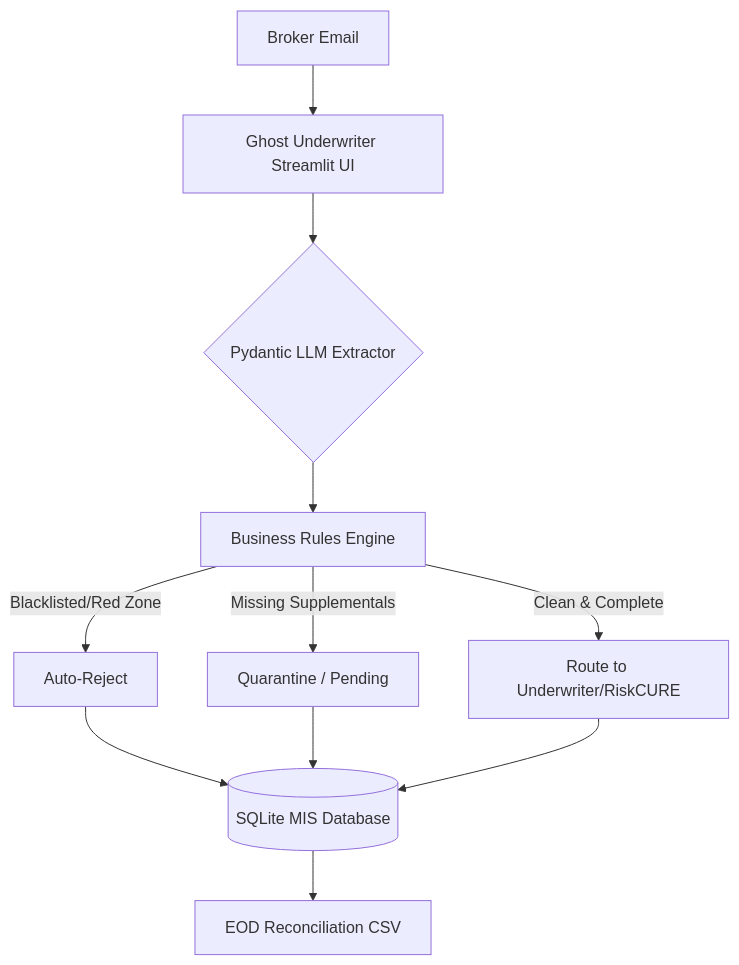
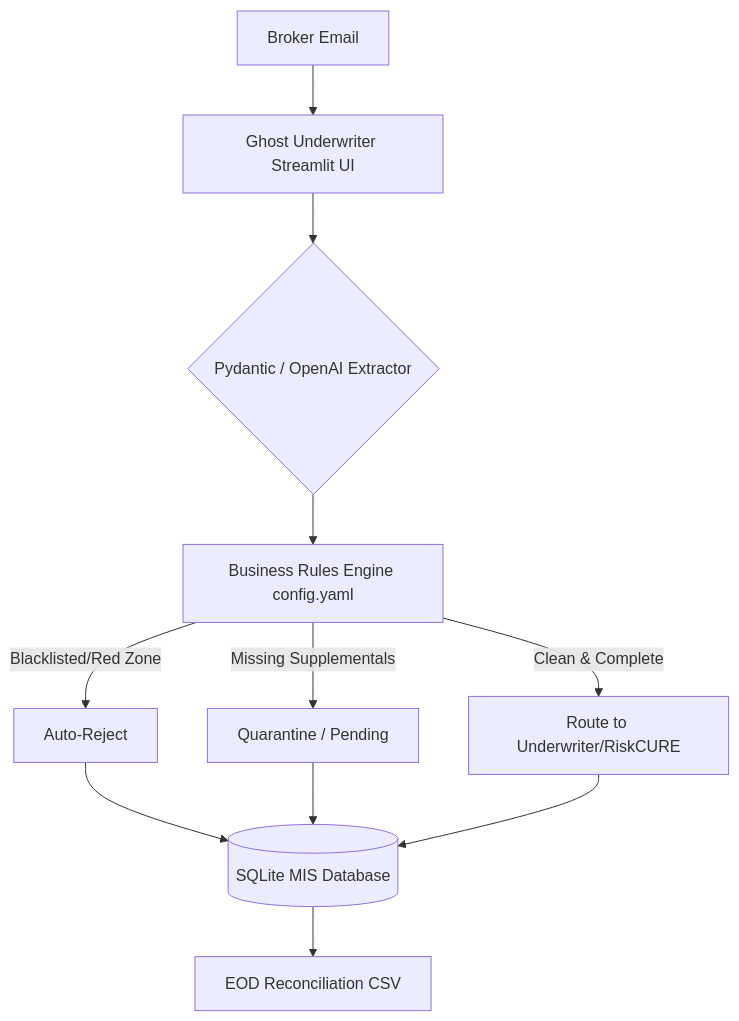
One commit to abluvsu/pibit-ghost-ops changed the diagram in README.md. Above: the diagram before and after it, drawn with Mermaid. The commit also changed other lines of this file and 10 other files, not shown here.

Commit message:
Upgrade to v4 Ultimate Enterprise: Docker, Pytest, Actions, YAML, LLM Fallback

````diff
--- a/README.md
+++ b/README.md
@@ -26,13 +26,13 @@
 ```mermaid
 graph TD
     A[Broker Email] --> B[Ghost Underwriter Streamlit UI]
-    B --> C{Pydantic LLM Extractor}
-    C --> D[Business Rules Engine]
+    B --> C{Pydantic / OpenAI Extractor}
+    C --> D[Business Rules Engine config.yaml]
     D -- Blacklisted/Red Zone --> E[Auto-Reject]
     D -- Missing Supplementals --> F[Quarantine / Pending]
     D -- Clean & Complete --> G[Route to Underwriter/RiskCURE]
     E --> H[(SQLite MIS Database)]
     F --> H
     G --> H
     H --> I[EOD Reconciliation CSV]
 ```
````
